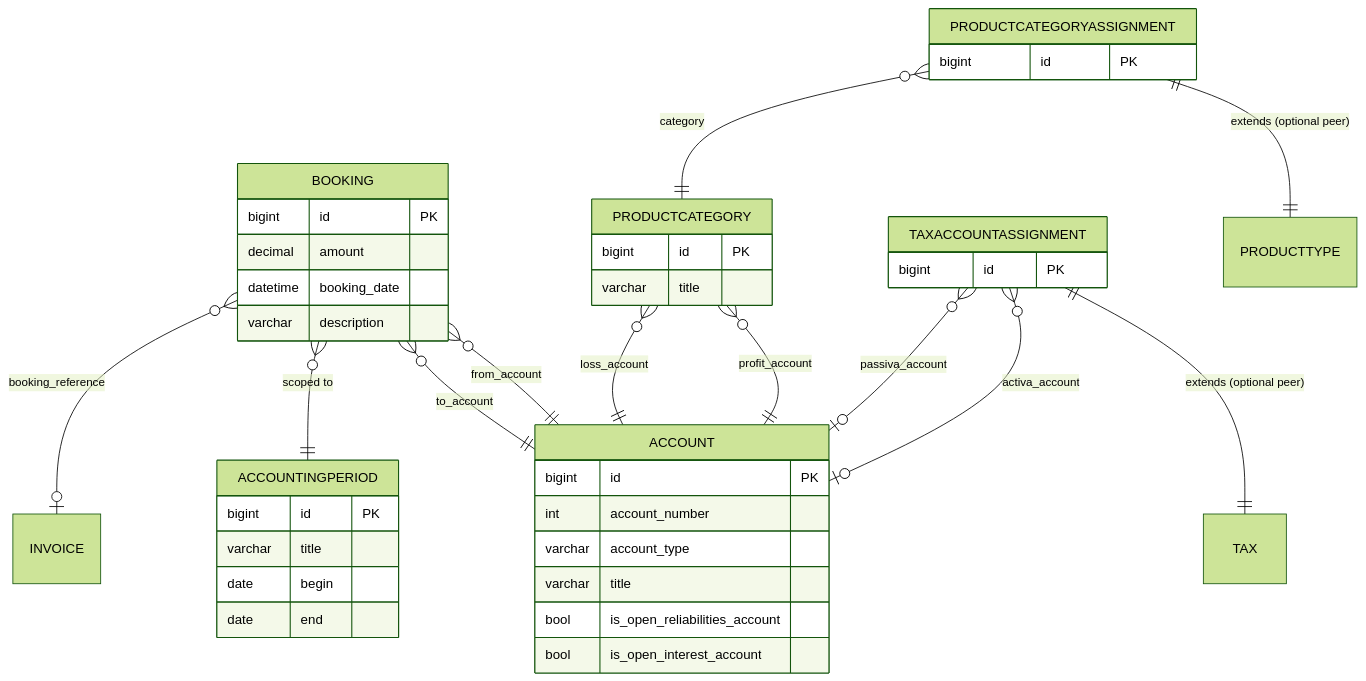
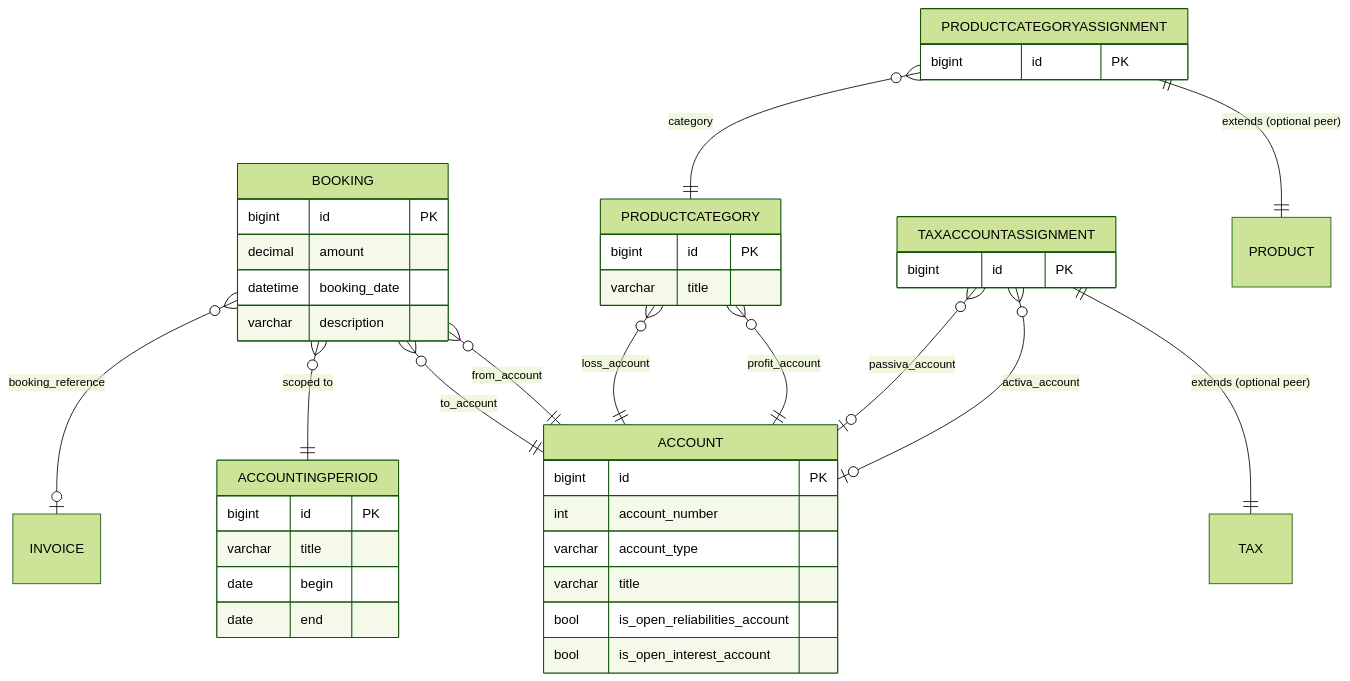
One commit to KoalixSwitzerland/koalixcrm_system changed the eighth of 12 diagrams in doc/08_cross_cutting_concepts/QQ_SD_EntityRelationDiagram.md. Above: the diagram before and after it, drawn with Mermaid (forest theme). The commit also changed other lines of this file, not shown here.

First line of the commit message:
docs: update entity relation diagram to implemented products and stock domain model (#19)

````diff
--- a/doc/08_cross_cutting_concepts/QQ_SD_EntityRelationDiagram.md
+++ b/doc/08_cross_cutting_concepts/QQ_SD_EntityRelationDiagram.md
@@ -366,45 +784,45 @@
 ```mermaid
 erDiagram
     ACCOUNT {
         bigint id PK
         int account_number
         varchar account_type
         varchar title
         bool is_open_reliabilities_account
         bool is_open_interest_account
     }
     ACCOUNTINGPERIOD {
         bigint id PK
         varchar title
         date begin
         date end
     }
     BOOKING {
         bigint id PK
         decimal amount
         datetime booking_date
         varchar description
     }
     PRODUCTCATEGORY {
         bigint id PK
         varchar title
     }
     TAXACCOUNTASSIGNMENT {
         bigint id PK
     }
     PRODUCTCATEGORYASSIGNMENT {
         bigint id PK
     }
 
     BOOKING }o--|| ACCOUNT : "from_account"
     BOOKING }o--|| ACCOUNT : "to_account"
     BOOKING }o--|| ACCOUNTINGPERIOD : "scoped to"
     BOOKING }o--o| INVOICE : "booking_reference"
     PRODUCTCATEGORY }o--|| ACCOUNT : "profit_account"
     PRODUCTCATEGORY }o--|| ACCOUNT : "loss_account"
     TAXACCOUNTASSIGNMENT ||--|| TAX : "extends (optional peer)"
     TAXACCOUNTASSIGNMENT }o--o| ACCOUNT : "activa_account"
     TAXACCOUNTASSIGNMENT }o--o| ACCOUNT : "passiva_account"
-    PRODUCTCATEGORYASSIGNMENT ||--|| PRODUCTTYPE : "extends (optional peer)"
+    PRODUCTCATEGORYASSIGNMENT ||--|| PRODUCT : "extends (optional peer)"
     PRODUCTCATEGORYASSIGNMENT }o--|| PRODUCTCATEGORY : "category"
 ```
````
